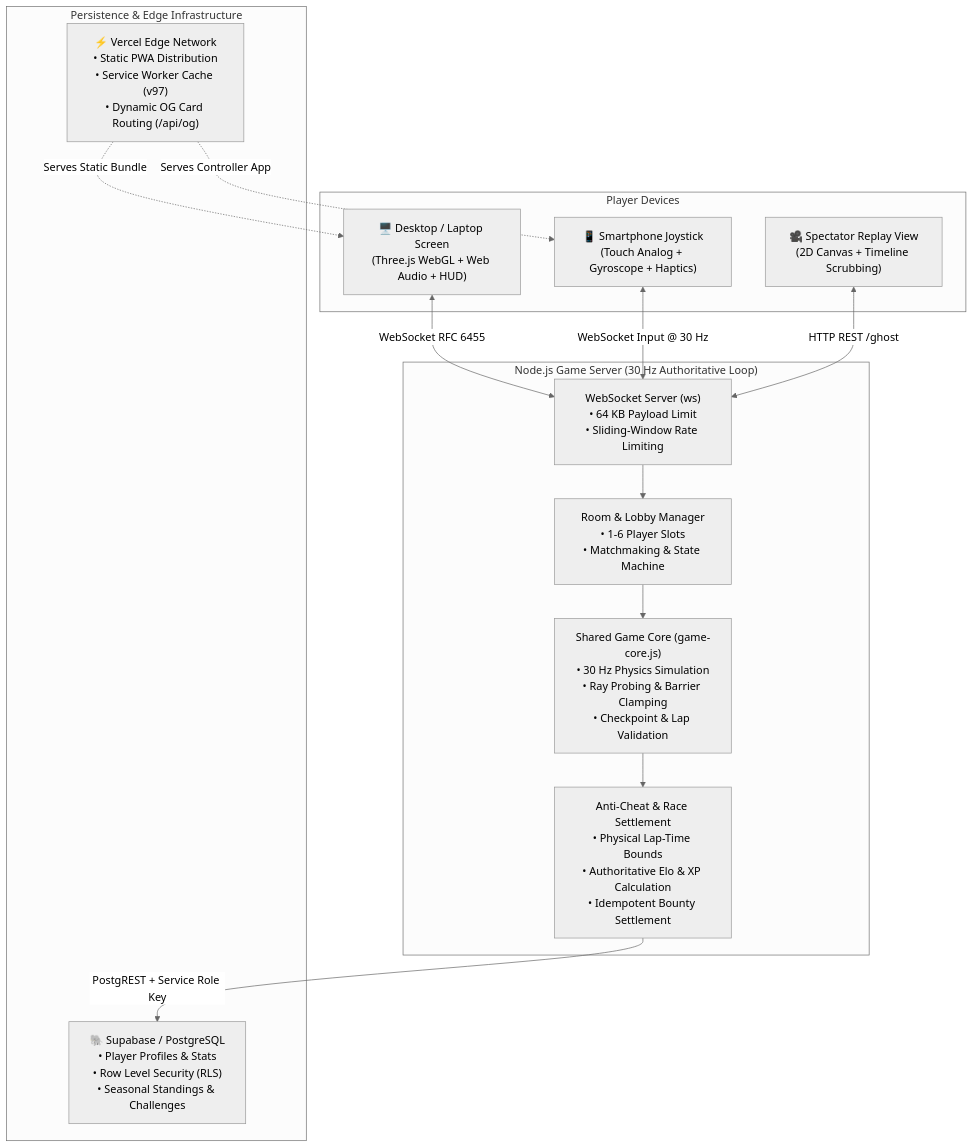
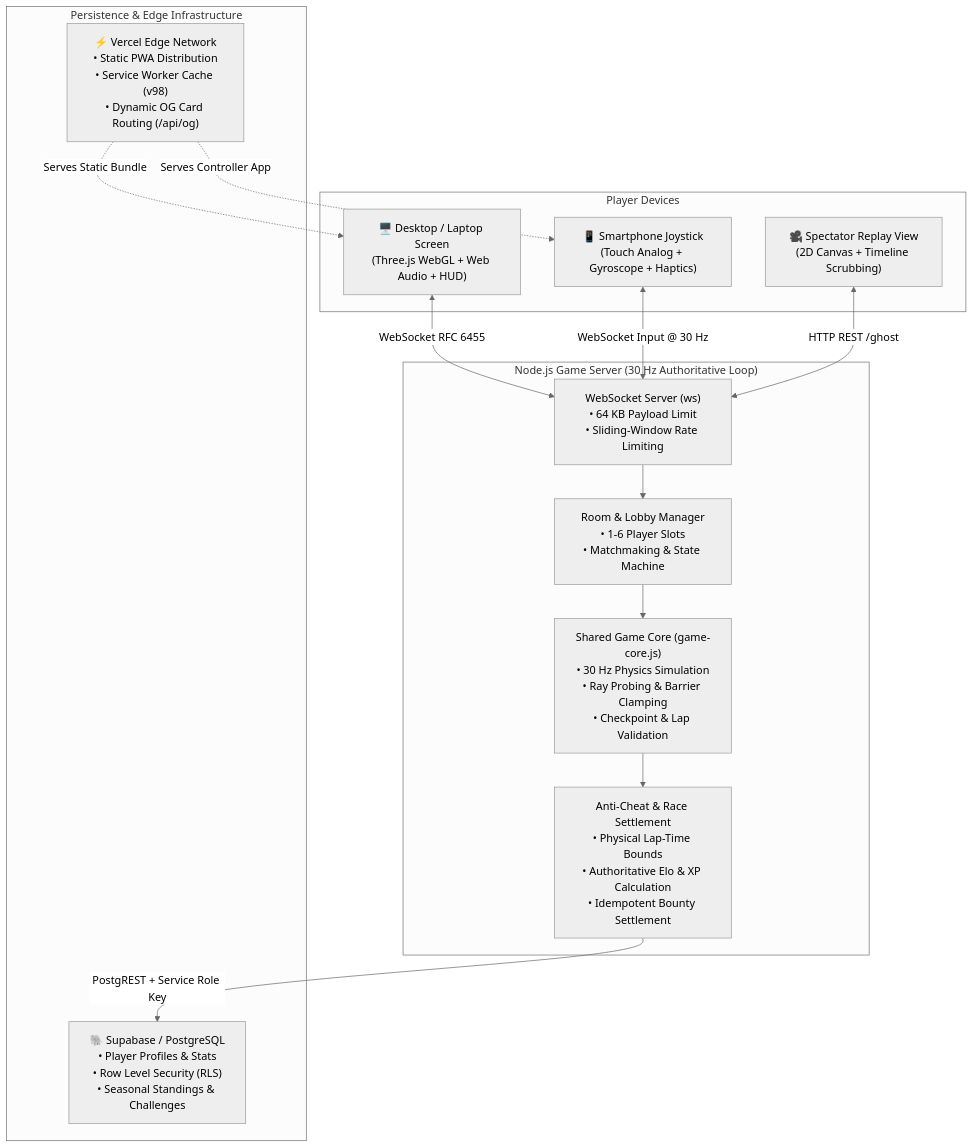
One commit to yathamsridharreddy/MULTIPLAYER-CAR-GAME changed the diagram in README.md. Above: the diagram before and after it, drawn with Mermaid (neutral theme). The commit also changed other lines of this file and 7 other files, not shown here.

````diff
--- a/README.md
+++ b/README.md
@@ -102,30 +102,30 @@
 ```mermaid
 flowchart TD
     subgraph Clients["Player Devices"]
         Desktop["🖥️ Desktop / Laptop Screen<br/>(Three.js WebGL + Web Audio + HUD)"]
         Phone["📱 Smartphone Joystick<br/>(Touch Analog + Gyroscope + Haptics)"]
         Replay["🎥 Spectator Replay View<br/>(2D Canvas + Timeline Scrubbing)"]
     end
 
     subgraph Server["Node.js Game Server (30 Hz Authoritative Loop)"]
         WS["WebSocket Server (ws)<br/>• 64 KB Payload Limit<br/>• Sliding-Window Rate Limiting"]
         RoomMgr["Room & Lobby Manager<br/>• 1-6 Player Slots<br/>• Matchmaking & State Machine"]
         Physics["Shared Game Core (game-core.js)<br/>• 30 Hz Physics Simulation<br/>• Ray Probing & Barrier Clamping<br/>• Checkpoint & Lap Validation"]
         AntiCheat["Anti-Cheat & Race Settlement<br/>• Physical Lap-Time Bounds<br/>• Authoritative Elo & XP Calculation<br/>• Idempotent Bounty Settlement"]
     end
 
     subgraph Storage["Persistence & Edge Infrastructure"]
         Supabase["🐘 Supabase / PostgreSQL<br/>• Player Profiles & Stats<br/>• Row Level Security (RLS)<br/>• Seasonal Standings & Challenges"]
-        Vercel["⚡ Vercel Edge Network<br/>• Static PWA Distribution<br/>• Service Worker Cache (v97)<br/>• Dynamic OG Card Routing (/api/og)"]
+        Vercel["⚡ Vercel Edge Network<br/>• Static PWA Distribution<br/>• Service Worker Cache (v98)<br/>• Dynamic OG Card Routing (/api/og)"]
     end
 
     Desktop <-->|WebSocket RFC 6455| WS
     Phone <-->|WebSocket Input @ 30 Hz| WS
     Replay <-->|HTTP REST /ghost| WS
     WS --> RoomMgr
     RoomMgr --> Physics
     Physics --> AntiCheat
     AntiCheat -->|PostgREST + Service Role Key| Supabase
     Vercel -.->|Serves Static Bundle| Desktop
     Vercel -.->|Serves Controller App| Phone
 ```
````
